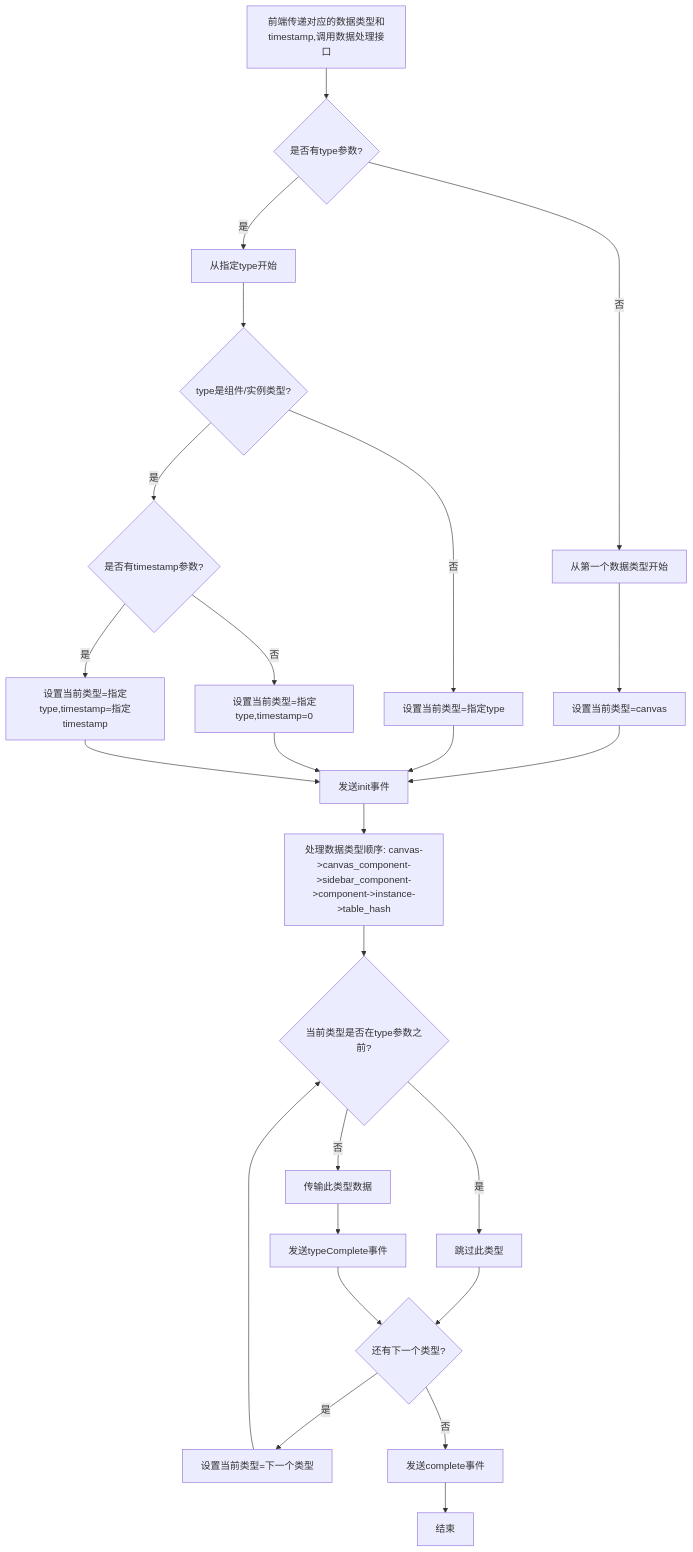
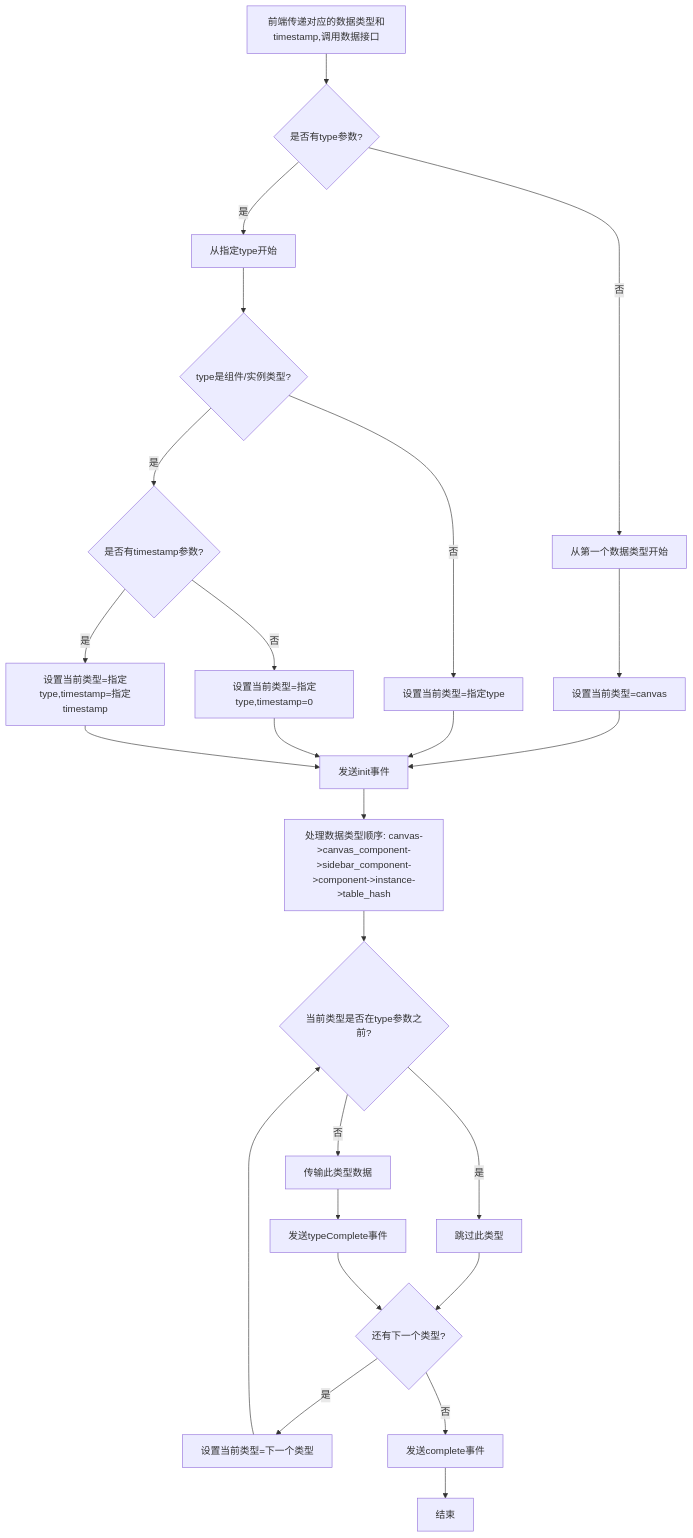
Before and after one commit to yingjianzh/iodraw-files: the diagram in all/未命名-59.md, drawn with Mermaid.

Commit message:
2025-05-14 15:30:08 update

````diff
--- a/all/未命名-59.md
+++ b/all/未命名-59.md
@@ -1,37 +1,37 @@
 ```mermaid
 flowchart TD
-    A[前端传递对应的数据类型和timestamp,调用数据处理接口] --> B{是否有type参数?}
+    A[前端传递对应的数据类型和timestamp,调用数据接口] --> B{是否有type参数?}
     
     B -->|否| C[从第一个数据类型开始]
     B -->|是| D[从指定type开始]
     
     C --> E[设置当前类型=canvas]
     D --> F{type是组件/实例类型?}
     
     F -->|否| G[设置当前类型=指定type]
     F -->|是| H{是否有timestamp参数?}
     
     H -->|否| I[设置当前类型=指定type,timestamp=0]
     H -->|是| J[设置当前类型=指定type,timestamp=指定timestamp]
     
     E --> K[发送init事件]
     G --> K
     I --> K
     J --> K
     
     K --> L[处理数据类型顺序: canvas->canvas_component->sidebar_component->component->instance->table_hash]
     
     L --> M{当前类型是否在type参数之前?}
     M -->|是| N[跳过此类型]
     M -->|否| O[传输此类型数据]
     
     N --> P{还有下一个类型?}
     O --> Q[发送typeComplete事件]
     Q --> P
     
     P -->|是| R[设置当前类型=下一个类型]
     P -->|否| S[发送complete事件]
     
     R --> M
     S --> T[结束]
 ```
````
